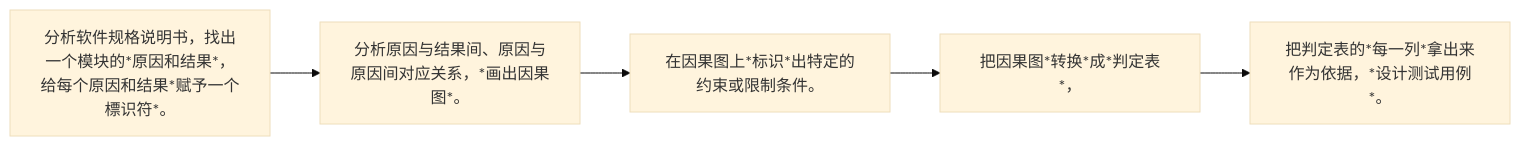
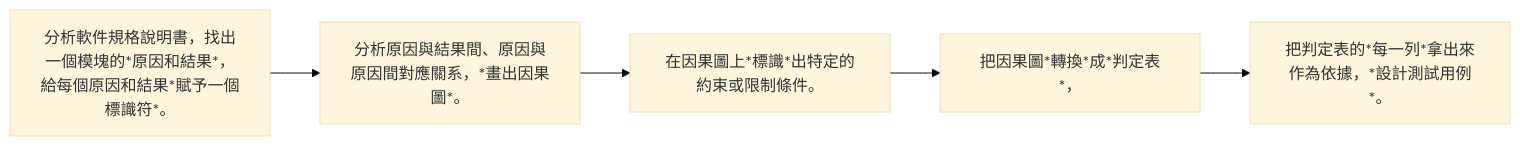
The ninth of 10 diagrams in _posts/2022-07-04-02333-software_engineer.md (chchoiw/chchoiw.github.io), drawn with Mermaid (base theme) before and after one commit. The commit also changed other lines of this file, not shown here.

````diff
--- a/_posts/2022-07-04-02333-software_engineer.md
+++ b/_posts/2022-07-04-02333-software_engineer.md
@@ -1016,14 +1016,14 @@
 ```mermaid
 graph LR
 
-id1[分析软件规格说明书，找出一个模块的*原因和结果*，给每个原因和结果*赋予一个標识符*。]
-id2[分析原因与结果间、原因与原因间对应关系，*画出因果图*。]
-id3[在因果图上*标识*出特定的约束或限制条件。]
-id4[把因果图*转换*成*判定表*，]
-id5[把判定表的*每一列*拿出来作为依据，*设计测试用例*。]
+id1[分析軟件規格說明書，找出一個模塊的*原因和結果*，給每個原因和結果*賦予一個標識符*。]
+id2[分析原因與結果間、原因與原因間對應關系，*畫出因果圖*。]
+id3[在因果圖上*標識*出特定的約束或限制條件。]
+id4[把因果圖*轉換*成*判定表*，]
+id5[把判定表的*每一列*拿出來作為依據，*設計測試用例*。]
 
 id1-->id2
 id2-->id3
 id3-->id4
 id4-->id5
 ```
````
